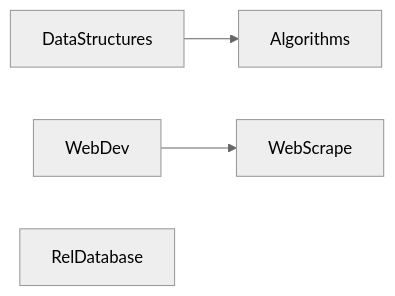
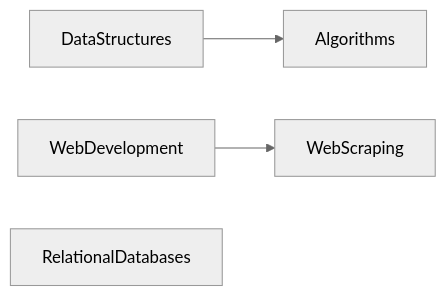
Before and after one commit to BenagainB/CSDegreeInPython: the second of 3 diagrams in README.md, drawn with Mermaid (neutral theme). The commit also changed other lines of this file and 2 other files, not shown here.

````diff
--- a/README.md
+++ b/README.md
@@ -54,7 +54,7 @@
 ```mermaid
 graph LR;
     DataStructures-->Algorithms;
-    WebDev-->WebScrape;
-    RelDatabase;
+    WebDevelopment-->WebScraping;
+    RelationalDatabases;
 
 ```
````
